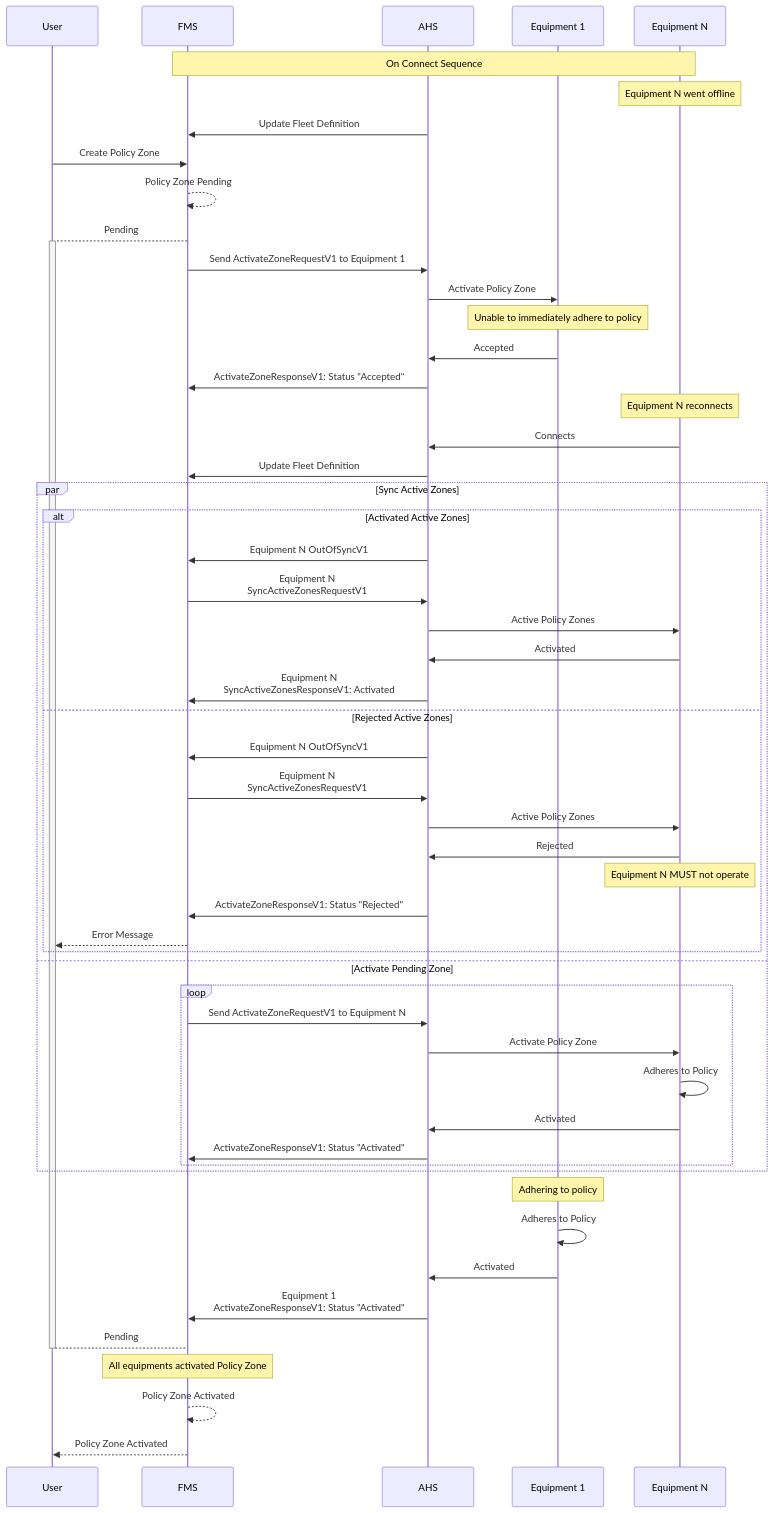
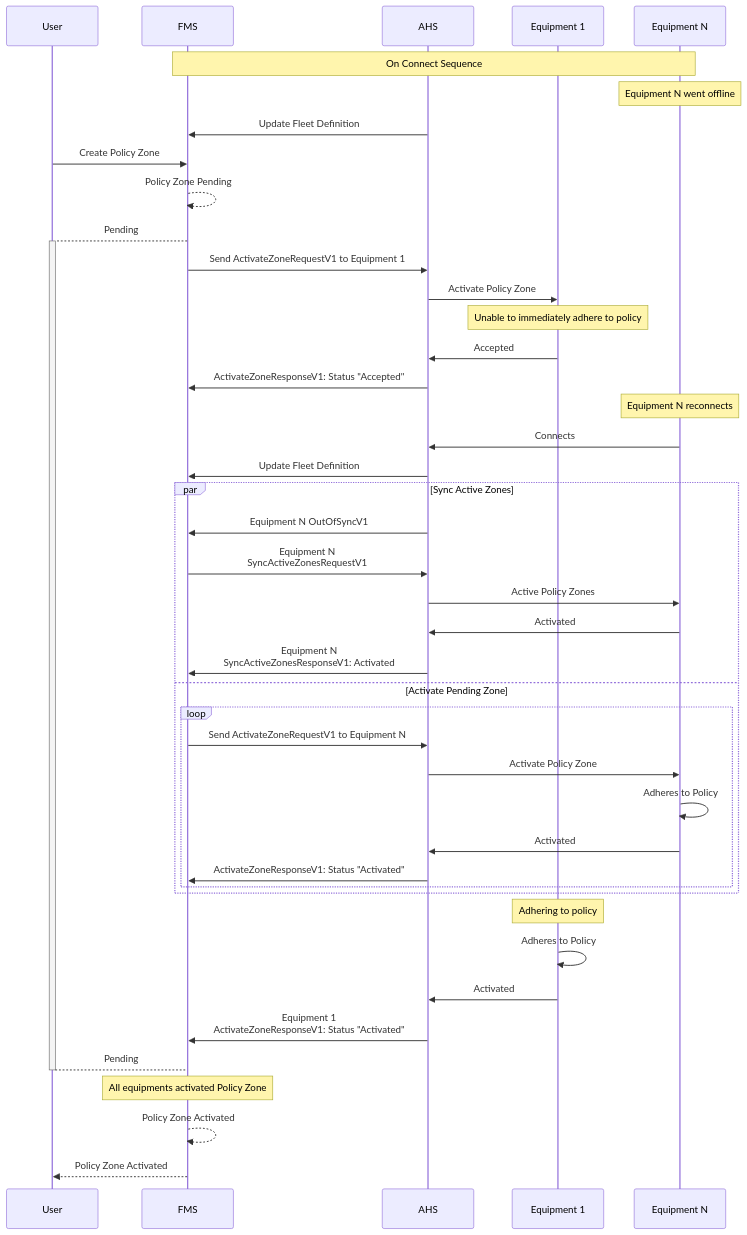
Before and after one commit to open-autonomy/zone: the second of 3 diagrams in diagram/Resynchronisation.md, drawn with Mermaid. The commit also changed other lines of this file, not shown here.

Commit message:
split out, resync reject active zones

````diff
--- a/diagram/Resynchronisation.md
+++ b/diagram/Resynchronisation.md
@@ -39,74 +39,59 @@
 ```mermaid
 sequenceDiagram
     participant User
     participant FMS
     participant AHS
     participant Equipment 1
     participant Equipment N
 
     Note over FMS,Equipment N: On Connect Sequence
     Note over Equipment N: Equipment N went offline
     AHS->>FMS: Update Fleet Definition
 
     User->>FMS: Create Policy Zone
     FMS-->>FMS: Policy Zone Pending
     FMS-->+User: Pending
 
     FMS->>AHS: Send ActivateZoneRequestV1 to Equipment 1
     AHS->>Equipment 1: Activate Policy Zone
     Note over Equipment 1: Unable to immediately adhere to policy
     Equipment 1->>AHS: Accepted
     AHS->>FMS: ActivateZoneResponseV1: Status "Accepted"
 
     Note Over Equipment N: Equipment N reconnects
 
     Equipment N->>AHS: Connects
     AHS->>FMS: Update Fleet Definition
 
     par Sync Active Zones
-        alt Activated Active Zones
-            AHS->>FMS: Equipment N OutOfSyncV1
+        AHS->>FMS: Equipment N OutOfSyncV1
 
-            FMS->>AHS: Equipment N <br/> SyncActiveZonesRequestV1
-            AHS->>Equipment N: Active Policy Zones
+        FMS->>AHS: Equipment N <br/> SyncActiveZonesRequestV1
+        AHS->>Equipment N: Active Policy Zones
 
-            Equipment N->>AHS: Activated
+        Equipment N->>AHS: Activated
 
-            AHS->>FMS: Equipment N <br/> SyncActiveZonesResponseV1: Activated
-        else Rejected Active Zones
-            AHS->>FMS: Equipment N OutOfSyncV1
-
-            FMS->>AHS: Equipment N <br/> SyncActiveZonesRequestV1
-            AHS->>Equipment N: Active Policy Zones
-
-            Equipment N->>AHS: Rejected
-
-            Note Over Equipment N: Equipment N MUST not operate
-
-            AHS->>FMS: ActivateZoneResponseV1: Status "Rejected"
-
-            FMS-->>User: Error Message
-        end
+        AHS->>FMS: Equipment N <br/> SyncActiveZonesResponseV1: Activated
     and Activate Pending Zone
         loop
             FMS->>AHS: Send ActivateZoneRequestV1 to Equipment N
             AHS->>Equipment N: Activate Policy Zone
             Equipment N->>Equipment N: Adheres to Policy
             Equipment N->>AHS: Activated
             AHS->>FMS: ActivateZoneResponseV1: Status "Activated"
         end
     end
 
     Note Over Equipment 1: Adhering to policy
     Equipment 1->>Equipment 1: Adheres to Policy
     Equipment 1->>AHS: Activated
      AHS->>FMS: Equipment 1 <br/> ActivateZoneResponseV1: Status "Activated"
 
 
     User-->-FMS: Pending
 
     Note Over FMS: All equipments activated Policy Zone
     FMS-->>FMS: Policy Zone Activated
 
     FMS-->>User: Policy Zone Activated
 ```
````
